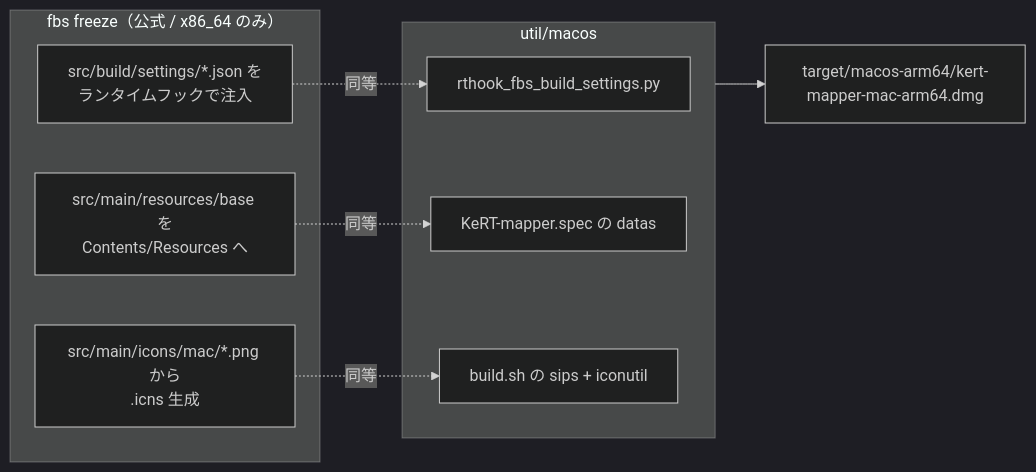
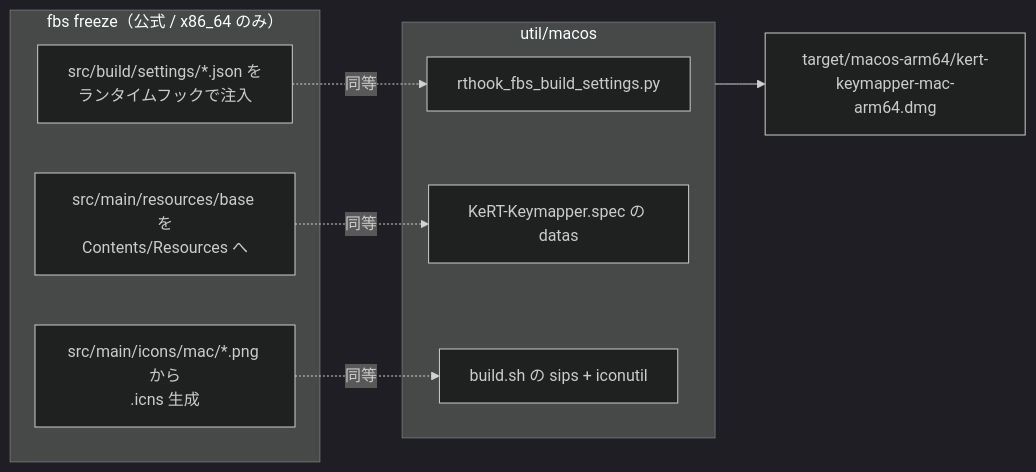
One commit to digitarhythm/KeRT-Keymapper changed the first of 2 diagrams in util/macos/README.md. Above: the diagram before and after it, drawn with Mermaid (dark theme). The commit also changed other lines of this file and 71 other files, not shown here.

````diff
--- a/util/macos/README.md
+++ b/util/macos/README.md
@@ -10,17 +10,17 @@
 ```mermaid
 flowchart LR
     subgraph fbs["fbs freeze（公式 / x86_64 のみ）"]
         F1["src/build/settings/*.json を<br/>ランタイムフックで注入"]
         F2["src/main/resources/base を<br/>Contents/Resources へ"]
         F3["src/main/icons/mac/*.png から<br/>.icns 生成"]
     end
     subgraph here["util/macos"]
         H1["rthook_fbs_build_settings.py"]
-        H2["KeRT-mapper.spec の datas"]
+        H2["KeRT-Keymapper.spec の datas"]
         H3["build.sh の sips + iconutil"]
     end
     F1 -. 同等 .-> H1
     F2 -. 同等 .-> H2
     F3 -. 同等 .-> H3
-    here --> A["target/macos-arm64/kert-mapper-mac-arm64.dmg"]
+    here --> A["target/macos-arm64/kert-keymapper-mac-arm64.dmg"]
 ```
````
